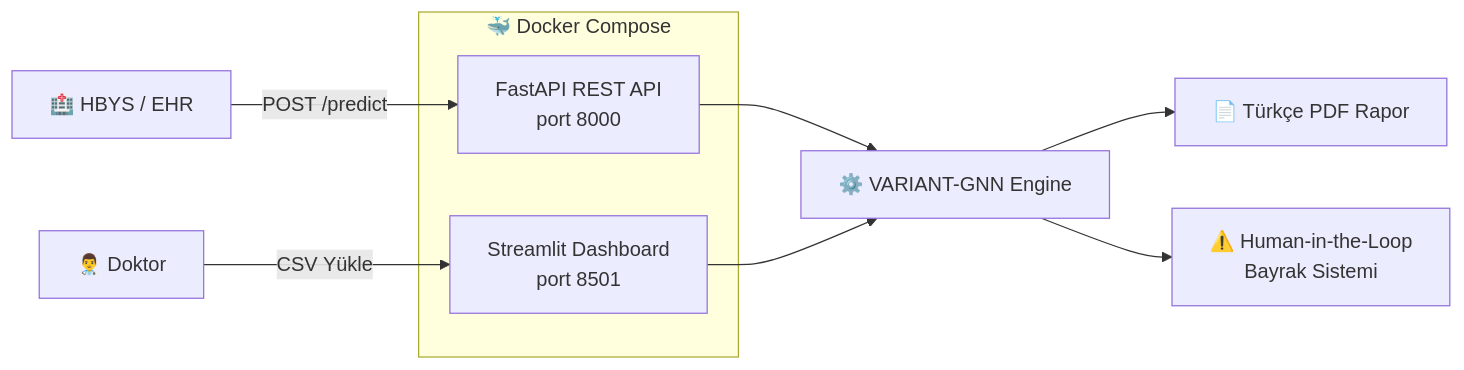
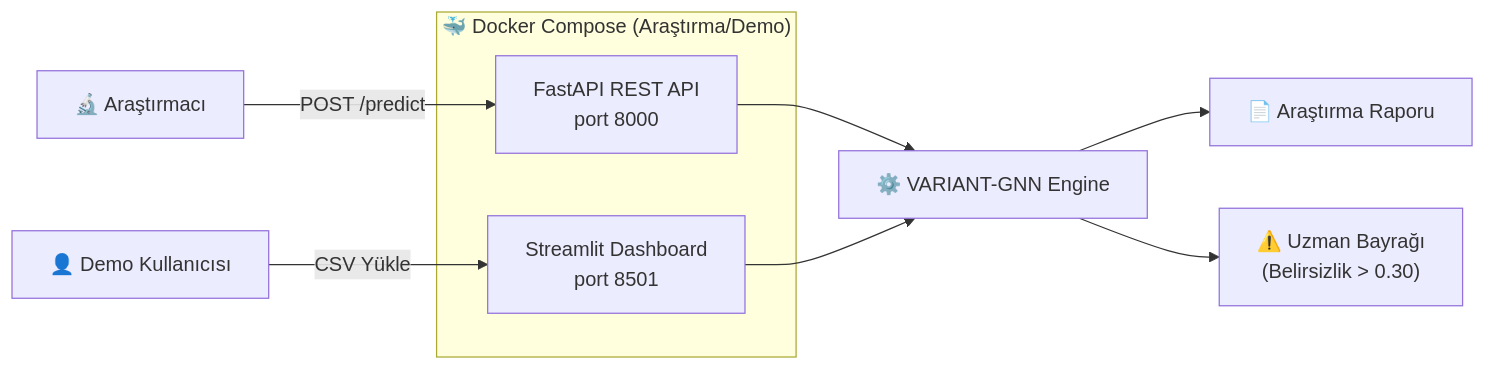
Before and after one commit to msgxr/VARIANT-GNN: diagram 12 of 12 in README.md, drawn with Mermaid. The commit also changed other lines of this file and 5 other files, not shown here.

````diff
--- a/README.md
+++ b/README.md
@@ -1153,13 +1158,13 @@
 ```mermaid
 graph LR
-    HIS["🏥 HBYS / EHR"] -->|POST /predict| API
-    DOC["👨‍⚕️ Doktor"] -->|CSV Yükle| UI
-    subgraph Docker["🐳 Docker Compose"]
+    RES["🔬 Araştırmacı"] -->|POST /predict| API
+    USR["👤 Demo Kullanıcısı"] -->|CSV Yükle| UI
+    subgraph Docker["🐳 Docker Compose (Araştırma/Demo)"]
         UI["Streamlit Dashboard\nport 8501"]
         API["FastAPI REST API\nport 8000"]
     end
     API --> ENGINE["⚙️ VARIANT-GNN Engine"]
     UI  --> ENGINE
-    ENGINE --> PDF["📄 Türkçe PDF Rapor"]
-    ENGINE --> FLAG["⚠️ Human-in-the-Loop\nBayrak Sistemi"]
+    ENGINE --> PDF["📄 Araştırma Raporu"]
+    ENGINE --> FLAG["⚠️ Uzman Bayrağı\n(Belirsizlik > 0.30)"]
 ```
````
